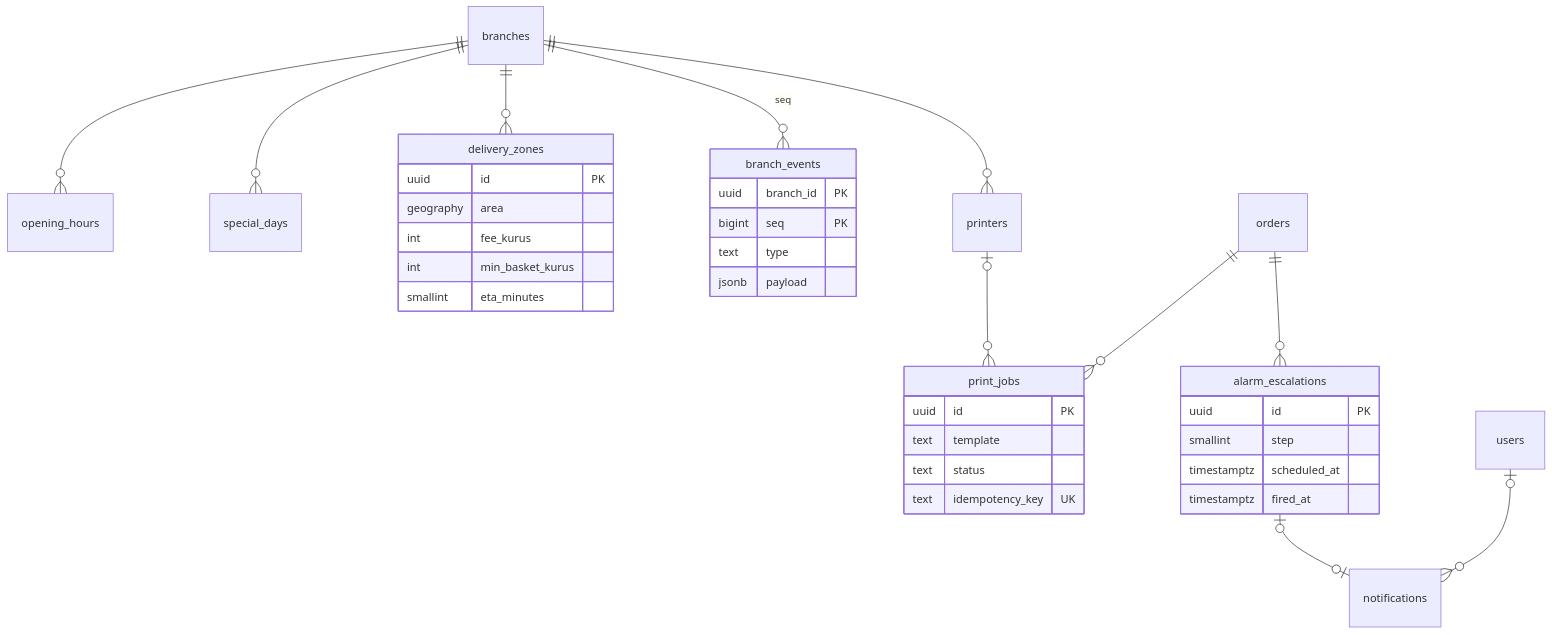
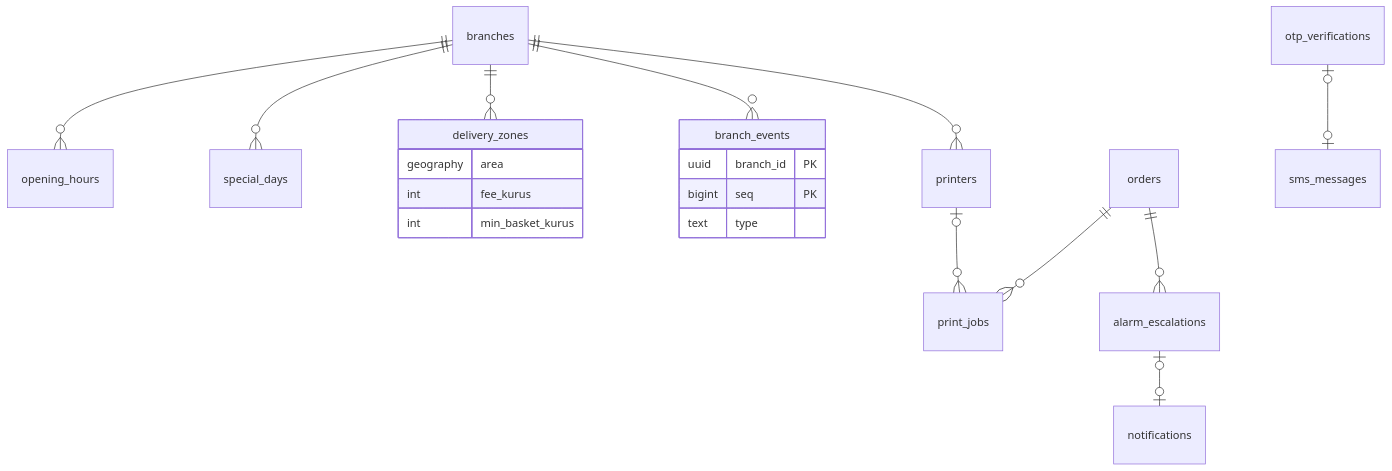
One commit to eraycaylak/siparisinonunde changed the fifth of 9 diagrams in docs/07-veri-modeli-ve-api.md. Above: the diagram before and after it, drawn with Mermaid. The commit also changed other lines of this file, not shown here.

````diff
--- a/docs/07-veri-modeli-ve-api.md
+++ b/docs/07-veri-modeli-ve-api.md
@@ -283,30 +244,23 @@
 ```mermaid
 erDiagram
   branches ||--o{ opening_hours : ""
   branches ||--o{ special_days : ""
   branches ||--o{ delivery_zones : ""
-  branches ||--o{ branch_events : "seq"
+  branches ||--o{ branch_events : ""
   branches ||--o{ printers : ""
   printers |o--o{ print_jobs : ""
   orders ||--o{ print_jobs : ""
   orders ||--o{ alarm_escalations : ""
   alarm_escalations |o--o| notifications : ""
-  users |o--o{ notifications : ""
-  delivery_zones { uuid id PK
+  otp_verifications |o--o| sms_messages : ""
+  delivery_zones {
     geography area
     int fee_kurus
     int min_basket_kurus
-    smallint eta_minutes }
-  branch_events { uuid branch_id PK
+  }
+  branch_events {
+    uuid branch_id PK
     bigint seq PK
     text type
-    jsonb payload }
-  print_jobs { uuid id PK
-    text template
-    text status
-    text idempotency_key UK }
-  alarm_escalations { uuid id PK
-    smallint step
-    timestamptz scheduled_at
-    timestamptz fired_at }
+  }
 ```
````
